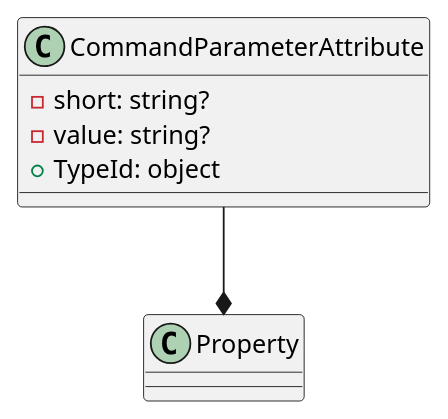
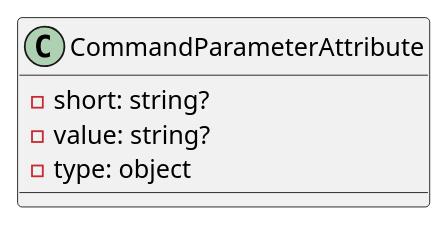
The first of 2 diagrams in docs/generated/Framework/Eliassen.System.Abstractions/Configuration/Documentation.md (mwwhited-forks/dotnet-libs), drawn with PlantUML before and after one commit. The commit also changed other lines of this file and 444 other files, not shown here.

````diff
--- a/docs/generated/Framework/Eliassen.System.Abstractions/Configuration/Documentation.md
+++ b/docs/generated/Framework/Eliassen.System.Abstractions/Configuration/Documentation.md
@@ -20,12 +10,9 @@
 ```plantuml
 @startuml
 class CommandParameterAttribute {
-  -short: string?
-  -value: string?
-  +TypeId: object
+  - short: string?
+  - value: string?
+  - type: object
 }
-
-CommandParameterAttribute --* Property
-
 @enduml
 ```
````
